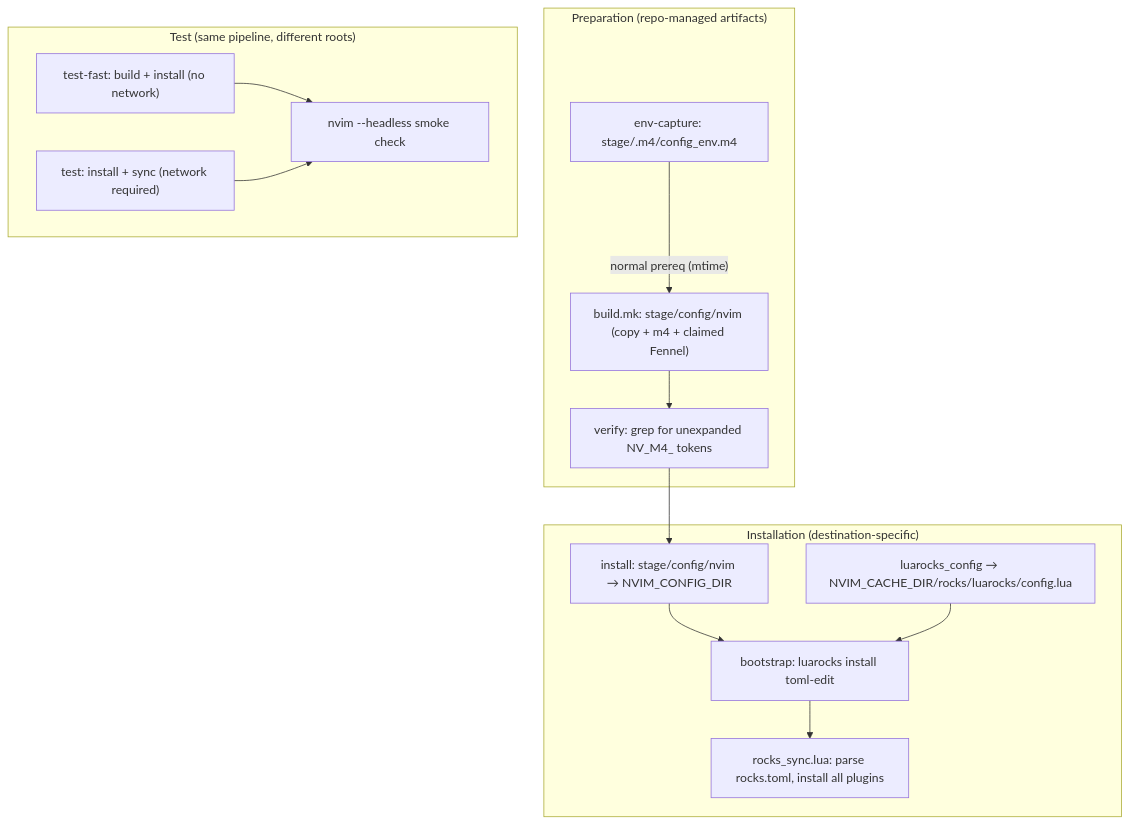
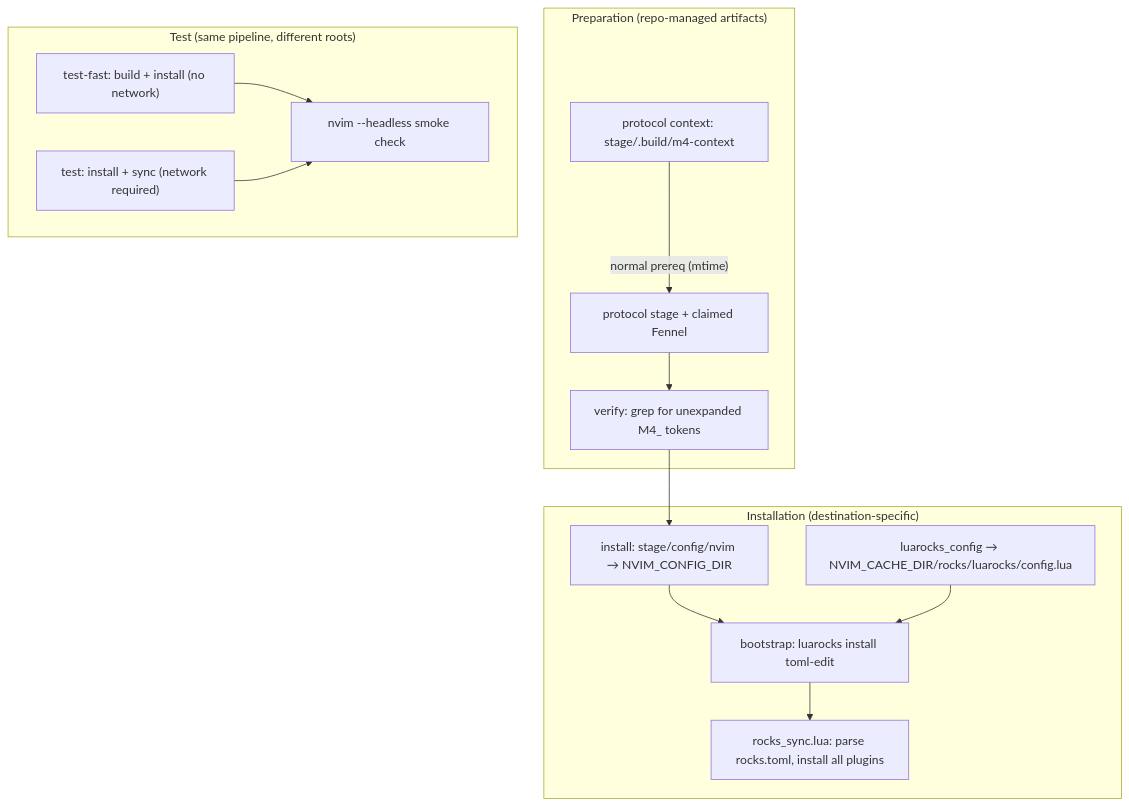
Before and after one commit to andrewjstryker/nvim: the diagram in design.md, drawn with Mermaid. The commit also changed other lines of this file and 32 other files, not shown here.

````diff
--- a/design.md
+++ b/design.md
@@ -644,27 +612,27 @@
 ```mermaid
 flowchart TD
   subgraph Prep["Preparation (repo-managed artifacts)"]
-    E["env-capture: stage/.m4/config_env.m4"]
-    E -->|"normal prereq (mtime)"| B["build.mk: stage/config/nvim (copy + m4 + claimed Fennel)"]
-    B --> V["verify: grep for unexpanded NV_M4_ tokens"]
+    E["protocol context: stage/.build/m4-context"]
+    E -->|"normal prereq (mtime)"| B["protocol stage + claimed Fennel"]
+    B --> V["verify: grep for unexpanded M4_ tokens"]
   end
 
   subgraph Install["Installation (destination-specific)"]
     I["install: stage/config/nvim → NVIM_CONFIG_DIR"]
     LR["luarocks_config → NVIM_CACHE_DIR/rocks/luarocks/config.lua"]
     BT["bootstrap: luarocks install toml-edit"]
     SY["rocks_sync.lua: parse rocks.toml, install all plugins"]
     I --> BT
     LR --> BT
     BT --> SY
   end
 
   V --> I
 
   subgraph Test["Test (same pipeline, different roots)"]
     TF["test-fast: build + install (no network)"]
     T["test: install + sync (network required)"]
     TF --> TS["nvim --headless smoke check"]
     T --> TS
   end
 ```
````
